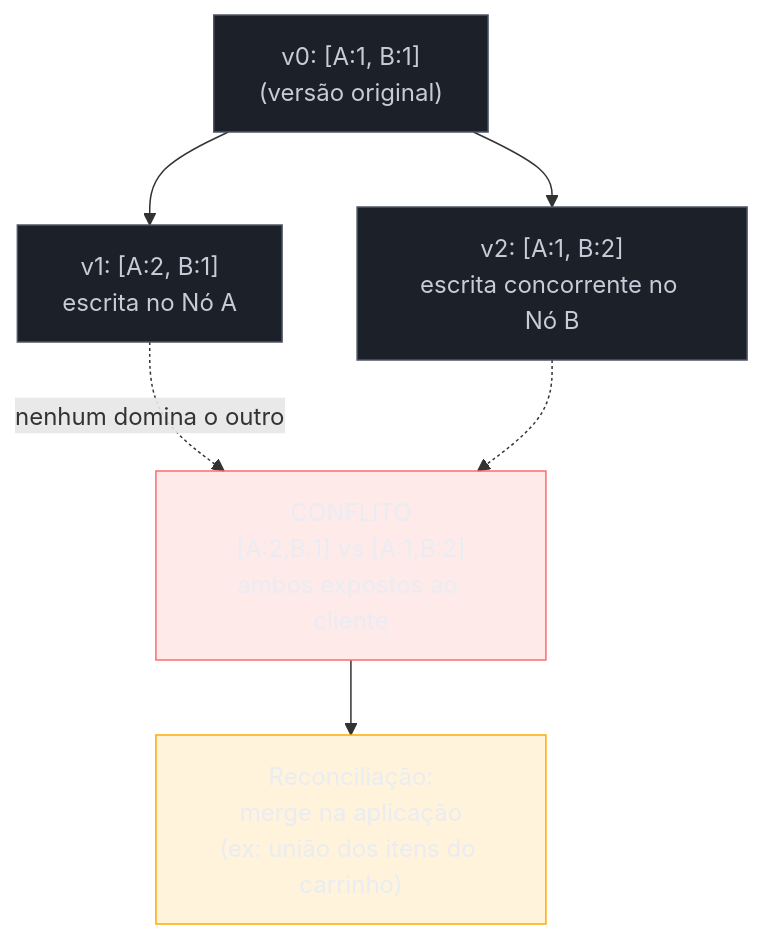
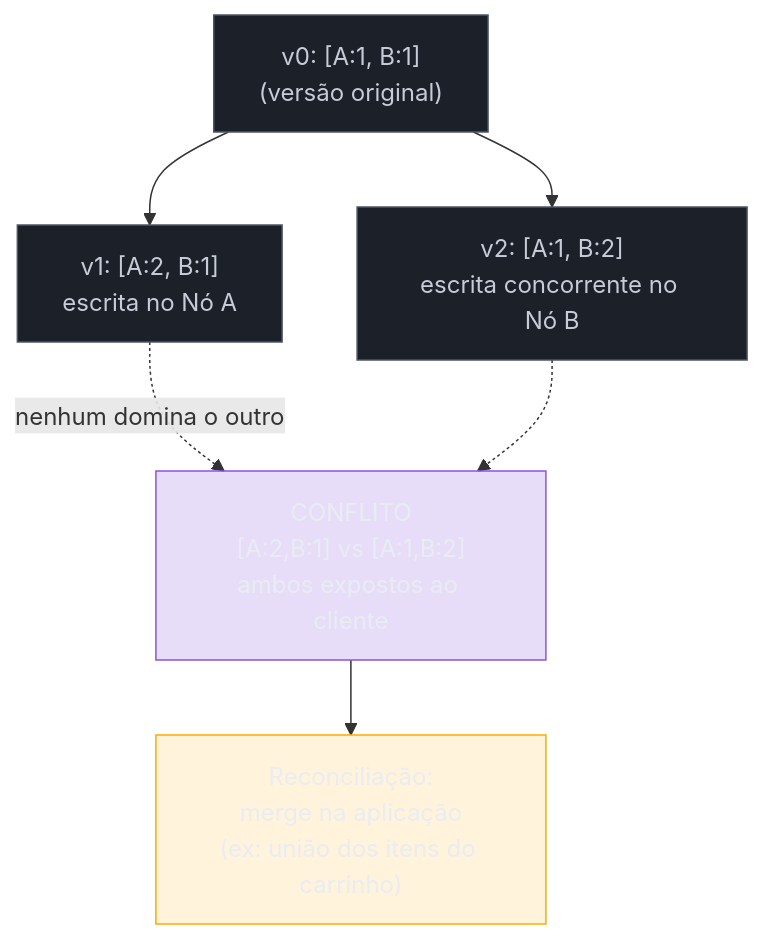
The fifth of 7 diagrams in 03-Dominios/Engenharia/Arquitetura/System Design/4 - Walkthroughs/08 - Distributed Key-Value Store.md (josenaldo/codex-technomanticus), drawn with Mermaid before and after one commit. The commit also changed other lines of this file and 601 other files, not shown here.

````diff
--- a/03-Dominios/Engenharia/Arquitetura/System Design/4 - Walkthroughs/08 - Distributed Key-Value Store.md
+++ b/03-Dominios/Engenharia/Arquitetura/System Design/4 - Walkthroughs/08 - Distributed Key-Value Store.md
@@ -233,18 +233,18 @@
 ```mermaid
 graph TD
+    classDef marca fill:#8855DF33,stroke:#8855DF,color:#E9ECF2
     classDef neutro fill:#1B2029,stroke:#4E5666,color:#C6CCD8
-    classDef falha fill:#FF6B6B24,stroke:#FF6B6B,color:#E9ECF2
     classDef destaque fill:#FFAA0024,stroke:#FFAA00,color:#E9ECF2
     V0["v0: [A:1, B:1]<br/>(versão original)"]
     V0 --> V1["v1: [A:2, B:1]<br/>escrita no Nó A"]
     V0 --> V2["v2: [A:1, B:2]<br/>escrita concorrente no Nó B"]
     V1 -.->|"nenhum domina o outro"| CONFLITO["CONFLITO<br/>[A:2,B:1] vs [A:1,B:2]<br/>ambos expostos ao cliente"]
     V2 -.-> CONFLITO
     CONFLITO --> RECON["Reconciliação:<br/>merge na aplicação<br/>(ex: união dos itens do carrinho)"]
 
     class V0 neutro
     class V1 neutro
     class V2 neutro
-    class CONFLITO falha
+    class CONFLITO marca
     class RECON destaque
 ```
````
